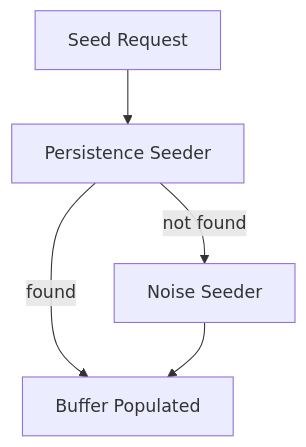
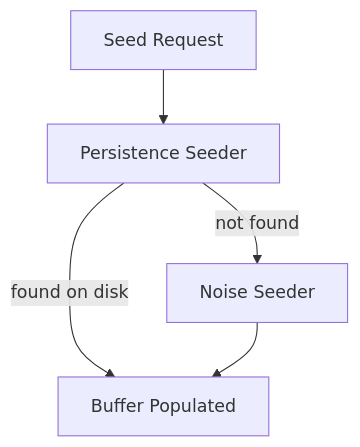
Before and after one commit to api-haus/bevy_pixel_world: the fourth of 6 diagrams in docs/arhitecture/chunk-seeding.md, drawn with Mermaid. The commit also changed other lines of this file and 22 other files, not shown here.

````diff
--- a/docs/arhitecture/chunk-seeding.md
+++ b/docs/arhitecture/chunk-seeding.md
@@ -142,7 +108,7 @@
 ```mermaid
 flowchart TB
     Request["Seed Request"] --> P["Persistence Seeder"]
-    P -->|" found "| Done["Buffer Populated"]
+    P -->|" found on disk "| Done["Buffer Populated"]
     P -->|" not found "| N["Noise Seeder"]
     N --> Done
 ```
````
